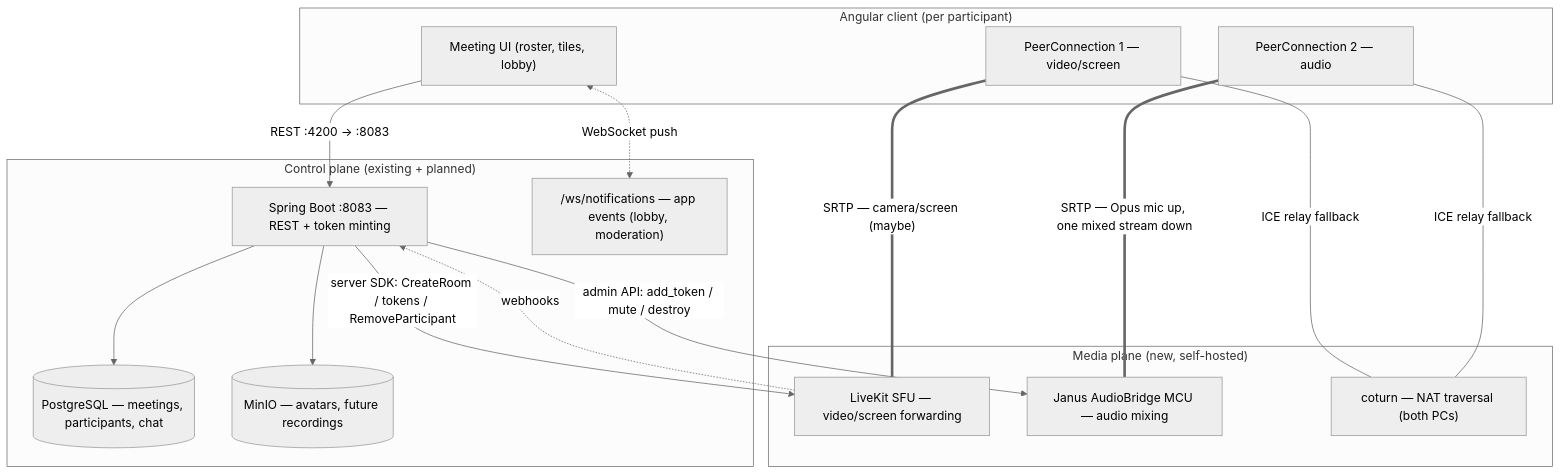
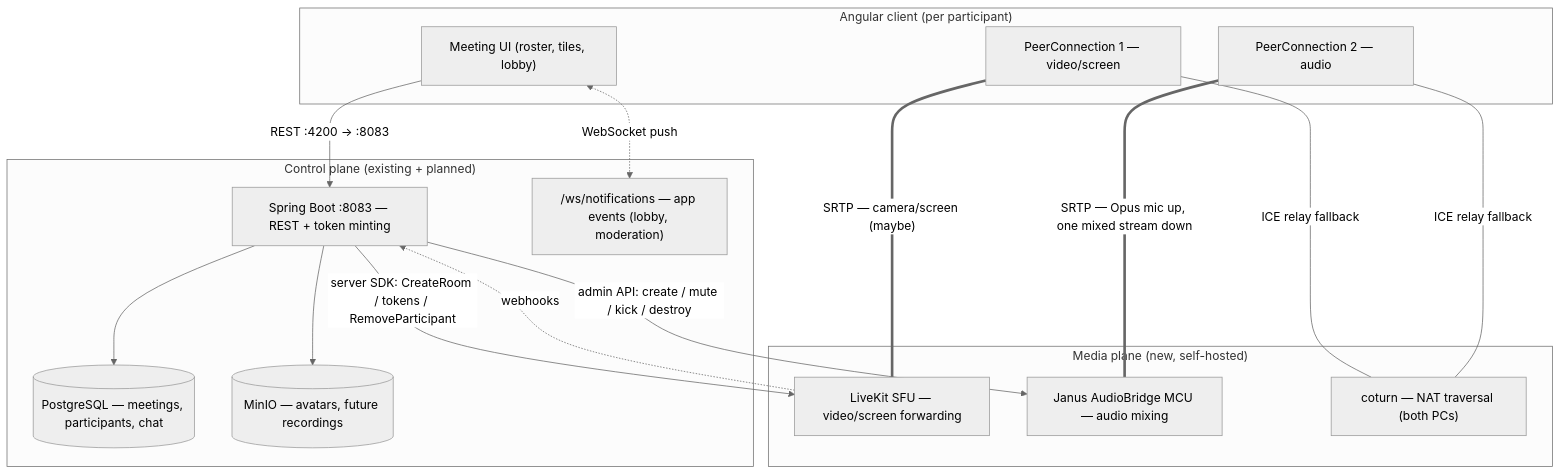
The diagram in server/docs/meeting-media-architecture.md (Nammm000/online-meeting-room-web-app), drawn with Mermaid (neutral theme) before and after one commit. The commit also changed other lines of this file and 36 other files, not shown here.

````diff
--- a/server/docs/meeting-media-architecture.md
+++ b/server/docs/meeting-media-architecture.md
@@ -7,34 +7,34 @@
 ```mermaid
 flowchart TB
     subgraph client["Angular client (per participant)"]
         UI["Meeting UI (roster, tiles, lobby)"]
         PC1["PeerConnection 1 — video/screen"]
         PC2["PeerConnection 2 — audio"]
     end
 
     subgraph control["Control plane (existing + planned)"]
         API["Spring Boot :8083 — REST + token minting"]
         NWS["/ws/notifications — app events (lobby, moderation)"]
         PG[("PostgreSQL — meetings, participants, chat")]
         MINIO[("MinIO — avatars, future recordings")]
     end
 
     subgraph media["Media plane (new, self-hosted)"]
         LK["LiveKit SFU — video/screen forwarding"]
         JANUS["Janus AudioBridge MCU — audio mixing"]
         TURN["coturn — NAT traversal (both PCs)"]
     end
 
     UI -->|"REST :4200 → :8083"| API
     API --> PG
     API --> MINIO
     UI <-.->|WebSocket push| NWS
     API -->|"server SDK: CreateRoom / tokens / RemoveParticipant"| LK
-    API -->|"admin API: add_token / mute / destroy"| JANUS
+    API -->|"admin API: create / mute / kick / destroy"| JANUS
     LK -.->|webhooks| API
 
     PC1 ===|"SRTP — camera/screen (maybe)"| LK
     PC2 ===|"SRTP — Opus mic up, one mixed stream down"| JANUS
     PC1 ---|ICE relay fallback| TURN
     PC2 ---|ICE relay fallback| TURN
 ```
````
